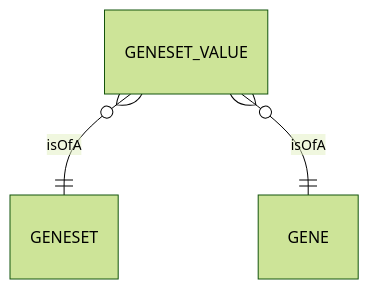
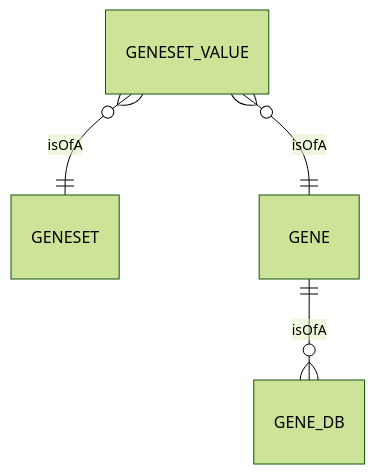
The fourth of 4 diagrams in docs/concepts/geneweaver-data-model.md (TheJacksonLaboratory/geneweaver), drawn with Mermaid (forest theme) before and after one commit. The commit also changed other lines of this file, not shown here.

````diff
--- a/docs/concepts/geneweaver-data-model.md
+++ b/docs/concepts/geneweaver-data-model.md
@@ -59,5 +83,6 @@
 ``` mermaid
 erDiagram
   GENESET_VALUE }o--|| GENESET : isOfA
   GENESET_VALUE }o--|| GENE : isOfA
+  GENE ||--o{ GENE_DB : isOfA
 ```
````
